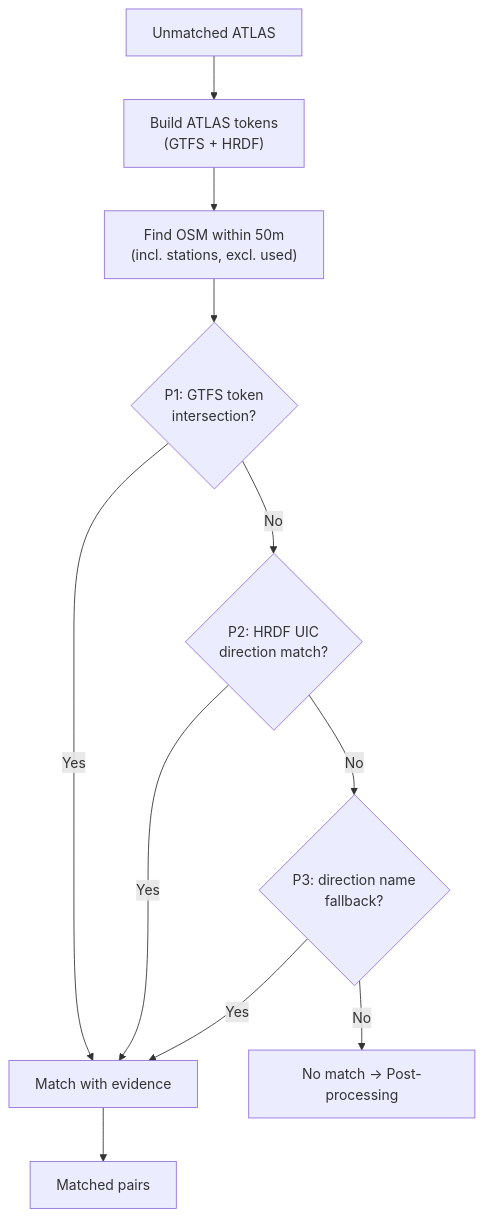
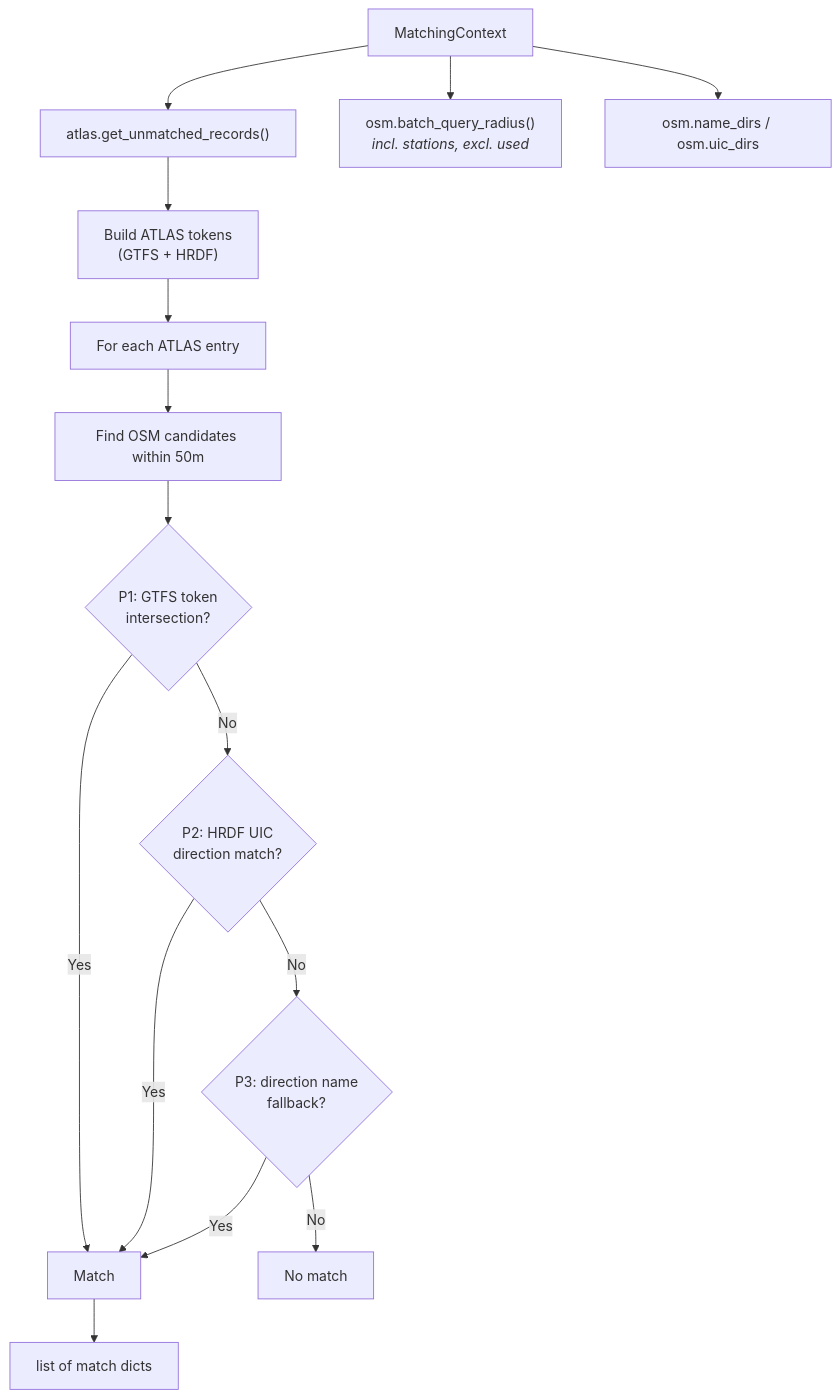
Before and after one commit to openTdataCH/stop_sync_osm_atlas: the diagram in documentation/2.4 Route Matching.md, drawn with Mermaid. The commit also changed other lines of this file and 61 other files, not shown here.

````diff
--- a/documentation/2.4 Route Matching.md
+++ b/documentation/2.4 Route Matching.md
@@ -5,13 +5,18 @@
 ```mermaid
 flowchart TB
-    IN["Unmatched ATLAS"] --> T["Build ATLAS tokens<br/>(GTFS + HRDF)"]
-    T --> C["Find OSM within 50m<br/>(incl. stations, excl. used)"]
+    CTX["MatchingContext"] --> UA["atlas.get_unmatched_records()"]
+    CTX --> OSM["osm.batch_query_radius()<br/><i>incl. stations, excl. used</i>"]
+    CTX --> DIRS["osm.name_dirs / osm.uic_dirs"]
+
+    UA --> T["Build ATLAS tokens<br/>(GTFS + HRDF)"]
+    T --> LOOP["For each ATLAS entry"]
+    LOOP --> C["Find OSM candidates within 50m"]
     C --> P1{"P1: GTFS token<br/>intersection?"}
-    P1 -->|Yes| M["Match with evidence"]
+    P1 -->|Yes| M["Match"]
     P1 -->|No| P2{"P2: HRDF UIC<br/>direction match?"}
     P2 -->|Yes| M
     P2 -->|No| P3{"P3: direction name<br/>fallback?"}
     P3 -->|Yes| M
-    P3 -->|No| X["No match → Post-processing"]
-    M --> OUT["Matched pairs"]
+    P3 -->|No| X["No match"]
+    M --> OUT["list of match dicts"]
 ```
````
